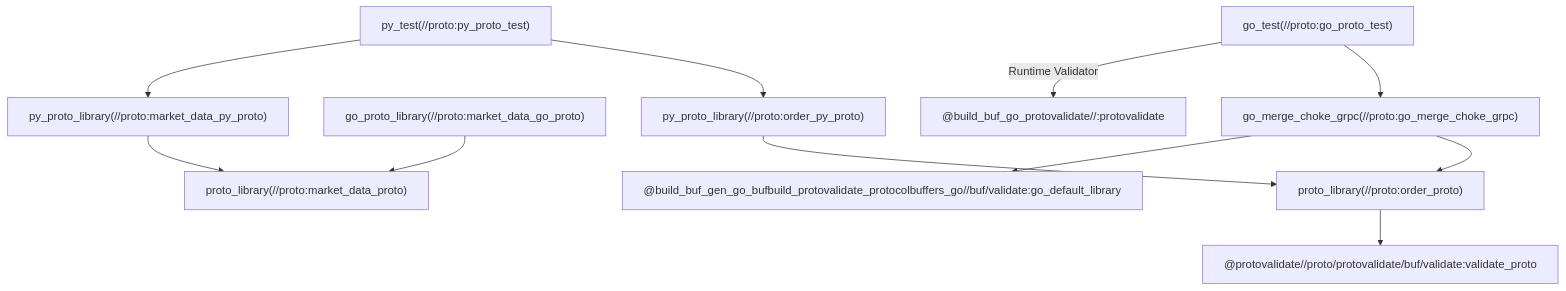
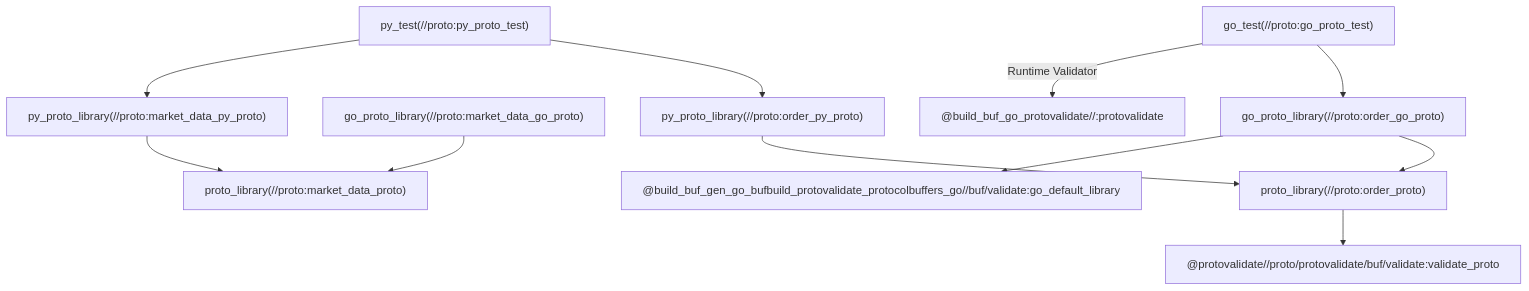
The diagram in proto/TESTING.md (jamesljq/BullDogAlpha), drawn with Mermaid before and after one commit. The commit also changed other lines of this file and 2 other files, not shown here.

Commit message:
refactor: simplify BUILD by replacing go_merge_choke_grpc macro with standard go_proto_library

````diff
--- a/proto/TESTING.md
+++ b/proto/TESTING.md
@@ -44,35 +44,35 @@
 ```mermaid
 graph TD
     %% Proto Sources
     order_proto["proto_library(//proto:order_proto)"]
     market_data_proto["proto_library(//proto:market_data_proto)"]
     validate_proto["@protovalidate//proto/protovalidate/buf/validate:validate_proto"]
 
     order_proto --> validate_proto
 
     %% Go Target Path
-    go_merge_choke_grpc["go_merge_choke_grpc(//proto:go_merge_choke_grpc)"]
+    order_go_proto["go_proto_library(//proto:order_go_proto)"]
     market_data_go_proto["go_proto_library(//proto:market_data_go_proto)"]
     validate_go_library["@build_buf_gen_go_bufbuild_protovalidate_protocolbuffers_go//buf/validate:go_default_library"]
 
-    go_merge_choke_grpc --> order_proto
-    go_merge_choke_grpc --> validate_go_library
+    order_go_proto --> order_proto
+    order_go_proto --> validate_go_library
     market_data_go_proto --> market_data_proto
 
     %% Go Test Target
     go_proto_test["go_test(//proto:go_proto_test)"]
-    go_proto_test --> go_merge_choke_grpc
+    go_proto_test --> order_go_proto
     go_proto_test --> |"Runtime Validator"| build_buf_go_protovalidate["@build_buf_go_protovalidate//:protovalidate"]
 
     %% Python Target Path
     order_py_proto["py_proto_library(//proto:order_py_proto)"]
     market_data_py_proto["py_proto_library(//proto:market_data_py_proto)"]
 
     order_py_proto --> order_proto
     market_data_py_proto --> market_data_proto
 
     %% Python Test Target
     py_proto_test["py_test(//proto:py_proto_test)"]
     py_proto_test --> order_py_proto
     py_proto_test --> market_data_py_proto
 ```
````
